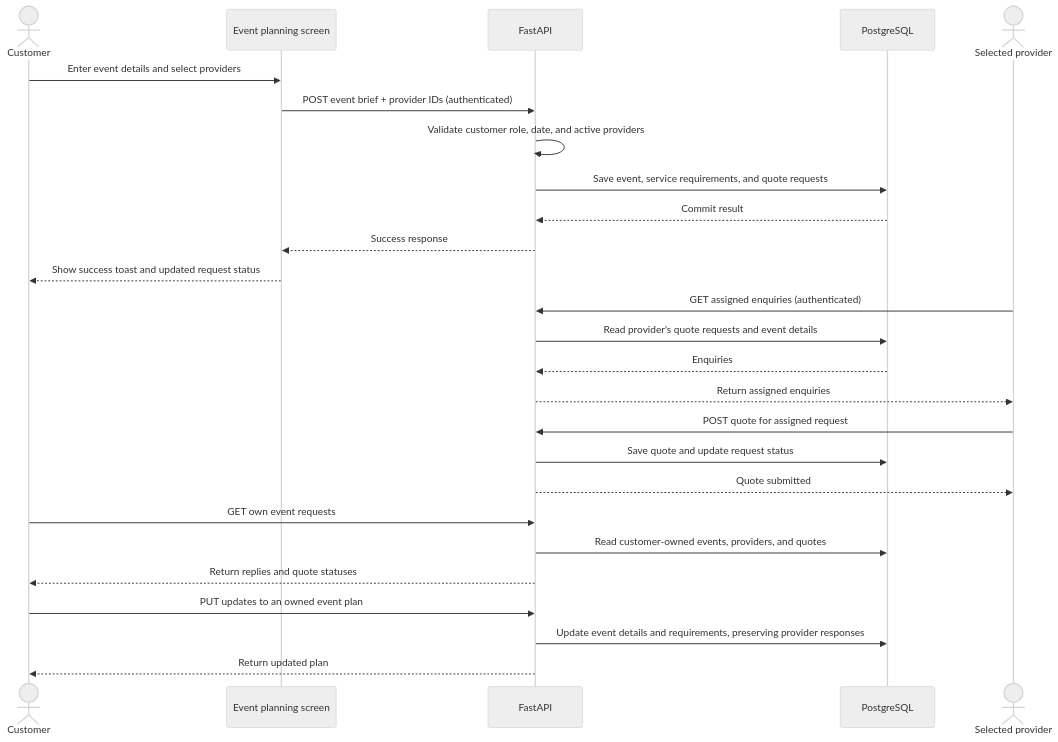
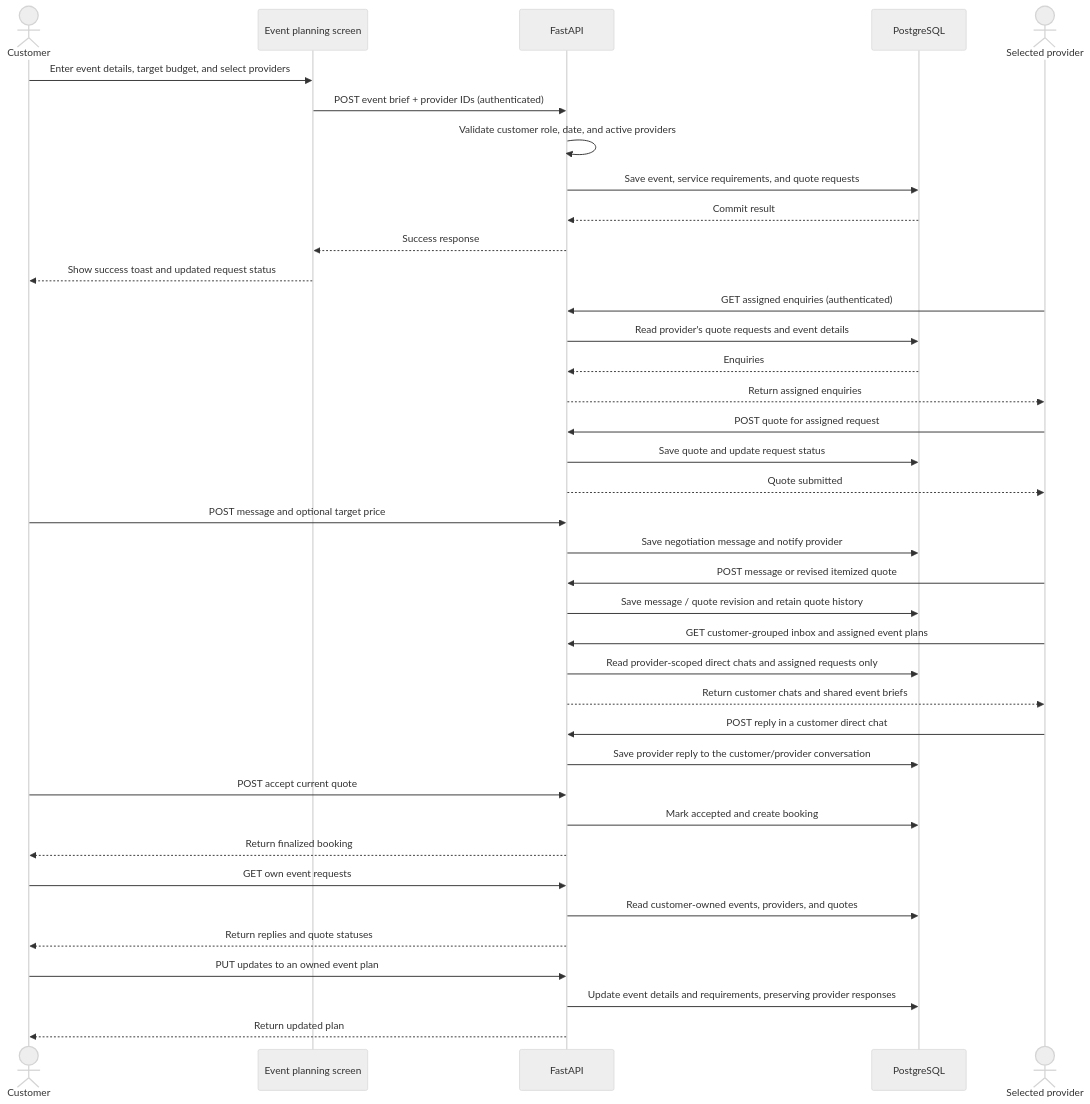
One commit to nirajkumar61Verma/EventHub changed the second of 2 diagrams in eventhub_complete_next/eventhub_complete_next/docs/eventhub-product-spec.md. Above: the diagram before and after it, drawn with Mermaid (neutral theme). The commit also changed other lines of this file and 14 other files, not shown here.

Commit message:
Customer page with service provider comunication.

````diff
--- a/eventhub_complete_next/eventhub_complete_next/docs/eventhub-product-spec.md
+++ b/eventhub_complete_next/eventhub_complete_next/docs/eventhub-product-spec.md
@@ -119,29 +130,41 @@
 ```mermaid
 sequenceDiagram
     actor C as Customer
     participant UI as Event planning screen
     participant API as FastAPI
     participant DB as PostgreSQL
     actor P as Selected provider
 
-    C->>UI: Enter event details and select providers
+    C->>UI: Enter event details, target budget, and select providers
     UI->>API: POST event brief + provider IDs (authenticated)
     API->>API: Validate customer role, date, and active providers
     API->>DB: Save event, service requirements, and quote requests
     DB-->>API: Commit result
     API-->>UI: Success response
     UI-->>C: Show success toast and updated request status
     P->>API: GET assigned enquiries (authenticated)
     API->>DB: Read provider's quote requests and event details
     DB-->>API: Enquiries
     API-->>P: Return assigned enquiries
     P->>API: POST quote for assigned request
     API->>DB: Save quote and update request status
     API-->>P: Quote submitted
+    C->>API: POST message and optional target price
+    API->>DB: Save negotiation message and notify provider
+    P->>API: POST message or revised itemized quote
+    API->>DB: Save message / quote revision and retain quote history
+    P->>API: GET customer-grouped inbox and assigned event plans
+    API->>DB: Read provider-scoped direct chats and assigned requests only
+    API-->>P: Return customer chats and shared event briefs
+    P->>API: POST reply in a customer direct chat
+    API->>DB: Save provider reply to the customer/provider conversation
+    C->>API: POST accept current quote
+    API->>DB: Mark accepted and create booking
+    API-->>C: Return finalized booking
     C->>API: GET own event requests
     API->>DB: Read customer-owned events, providers, and quotes
     API-->>C: Return replies and quote statuses
     C->>API: PUT updates to an owned event plan
     API->>DB: Update event details and requirements, preserving provider responses
     API-->>C: Return updated plan
 ```
````
